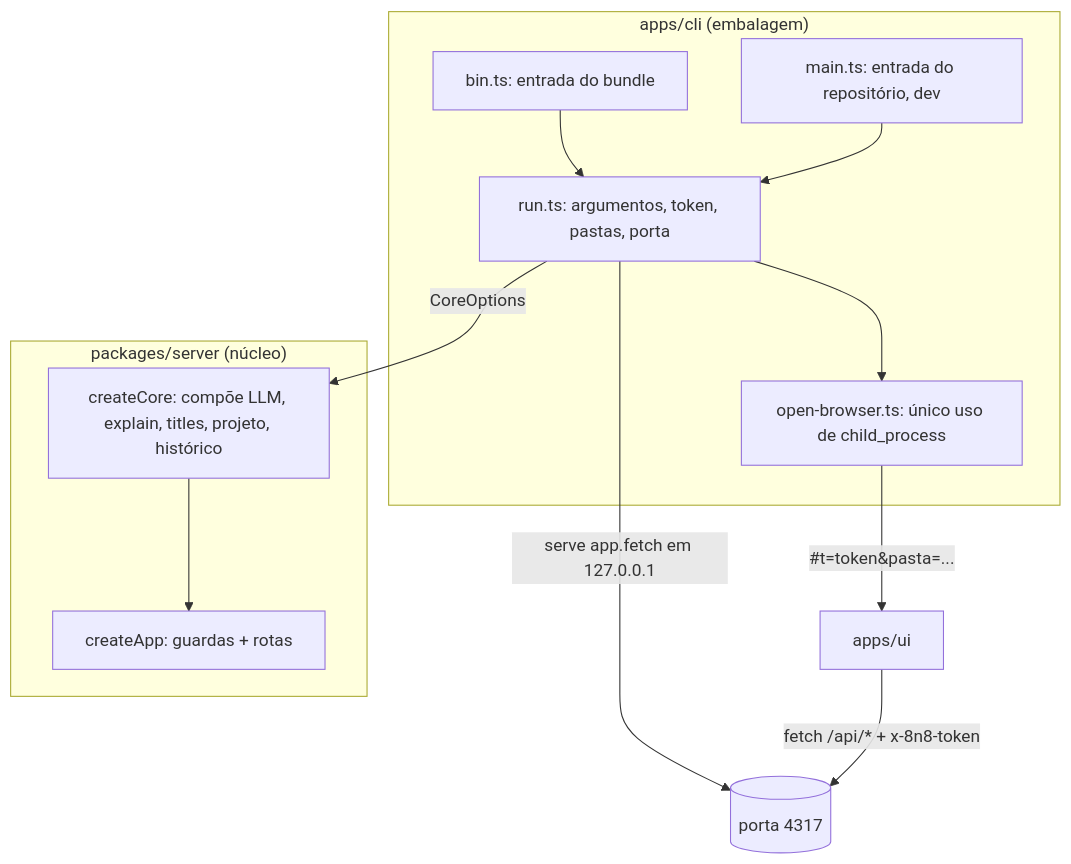
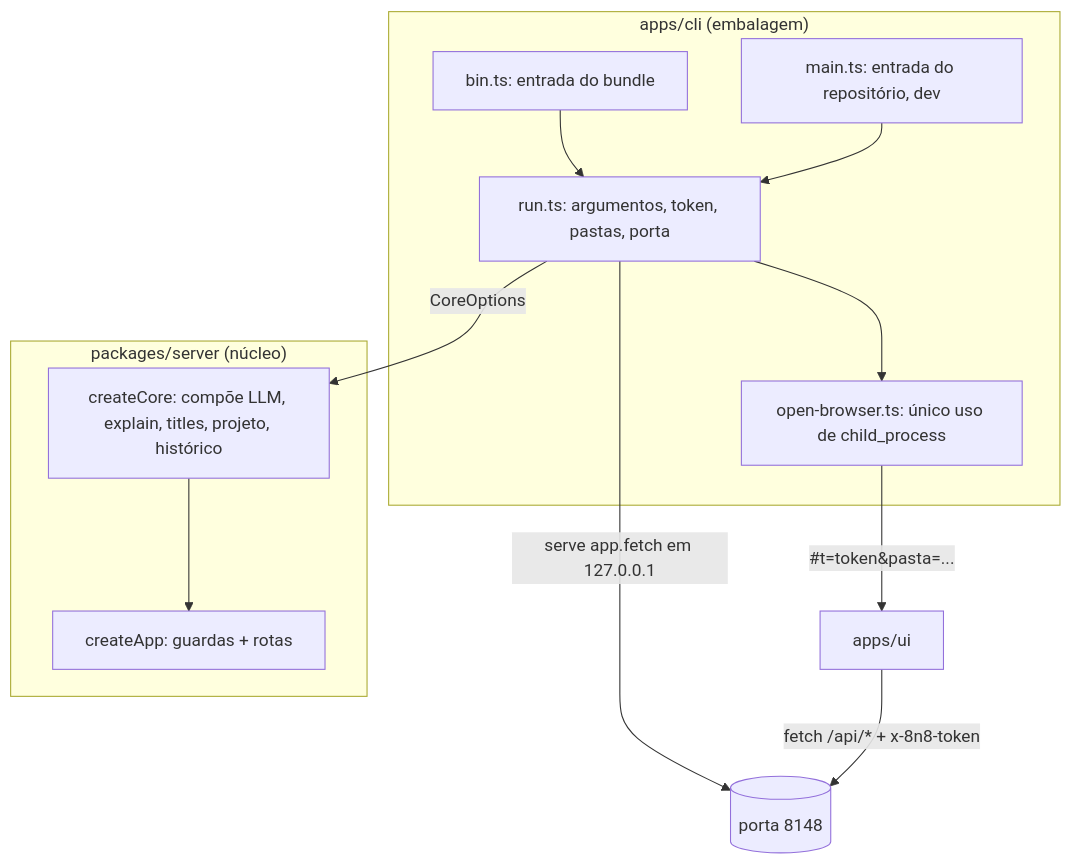
Before and after one commit to Ferreira-Jefferson/8n8: the diagram in .specs/features/07-cli/design.md, drawn with Mermaid. The commit also changed other lines of this file and 49 other files, not shown here.

First line of the commit message:
feat(cli): porta padrão 8148, endereço 8n8.localhost e janela app

````diff
--- a/.specs/features/07-cli/design.md
+++ b/.specs/features/07-cli/design.md
@@ -12,15 +12,15 @@
 ```mermaid
 graph TD
     subgraph "apps/cli (embalagem)"
       BIN[bin.ts: entrada do bundle] --> RUN[run.ts: argumentos, token, pastas, porta]
       MAIN[main.ts: entrada do repositório, dev] --> RUN
       RUN --> OPEN[open-browser.ts: único uso de child_process]
     end
     subgraph "packages/server (núcleo)"
       CORE[createCore: compõe LLM, explain, titles, projeto, histórico] --> APP[createApp: guardas + rotas]
     end
     RUN -->|CoreOptions| CORE
-    RUN -->|serve app.fetch em 127.0.0.1| HTTP[(porta 4317)]
+    RUN -->|serve app.fetch em 127.0.0.1| HTTP[(porta 8148)]
     WEB[apps/ui] -->|fetch /api/* + x-8n8-token| HTTP
     OPEN -->|"#t=token&pasta=..."| WEB
 ```
````
